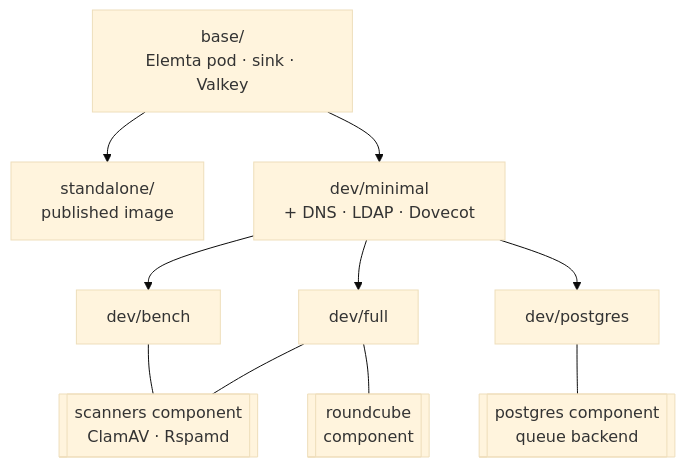
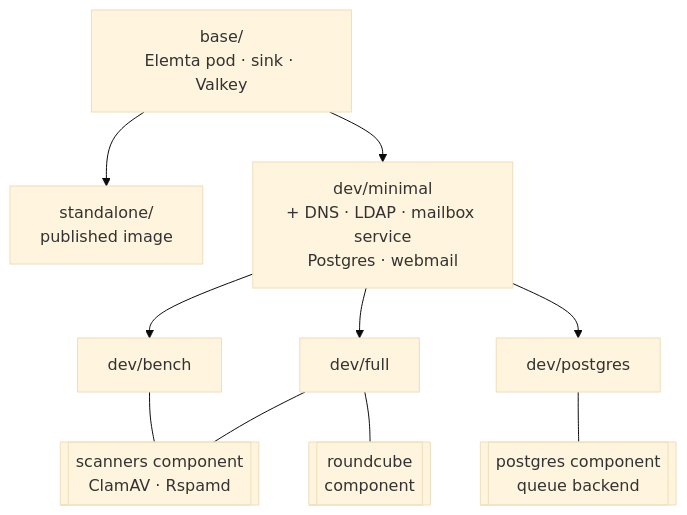
The diagram in docs/diagrams/kubernetes-overlays.mmd (EvalAlan/elemta), drawn with Mermaid (base theme) before and after one commit. The commit also changed 33 other files, not shown here.

```diff
--- a/docs/diagrams/kubernetes-overlays.mmd
+++ b/docs/diagrams/kubernetes-overlays.mmd
@@ -1,17 +1,17 @@
 flowchart TB
     base["base/<br/>Elemta pod · sink · Valkey"]
     standalone["standalone/<br/>published image"]
-    minimal["dev/minimal<br/>+ DNS · LDAP · Dovecot"]
+    minimal["dev/minimal<br/>+ DNS · LDAP · mailbox service<br/>Postgres · webmail"]
     base --> standalone
     base --> minimal
     full["dev/full"]
     bench["dev/bench"]
     postgres["dev/postgres"]
     minimal --> full & bench & postgres
     scanners[["scanners component<br/>ClamAV · Rspamd"]]
     roundcube[["roundcube<br/>component"]]
     pgc[["postgres component<br/>queue backend"]]
     full --- scanners
     full --- roundcube
     bench --- scanners
     postgres --- pgc
```
